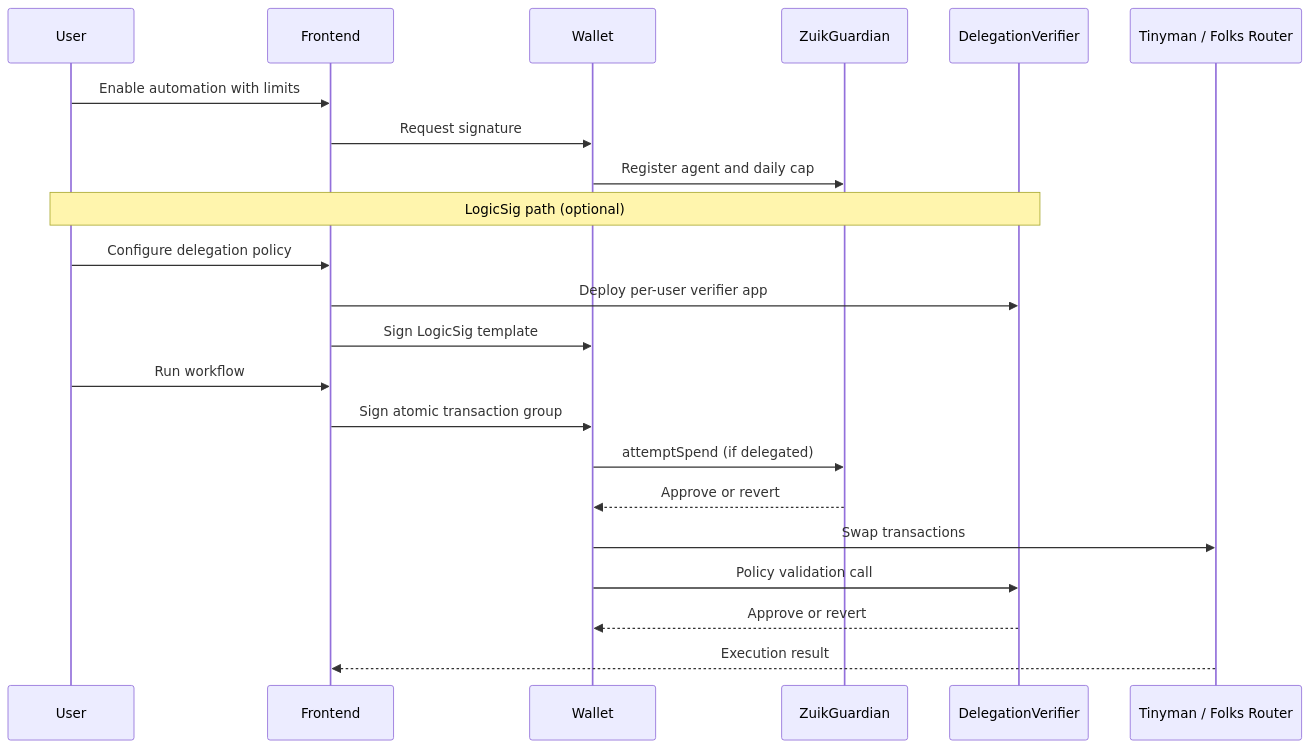
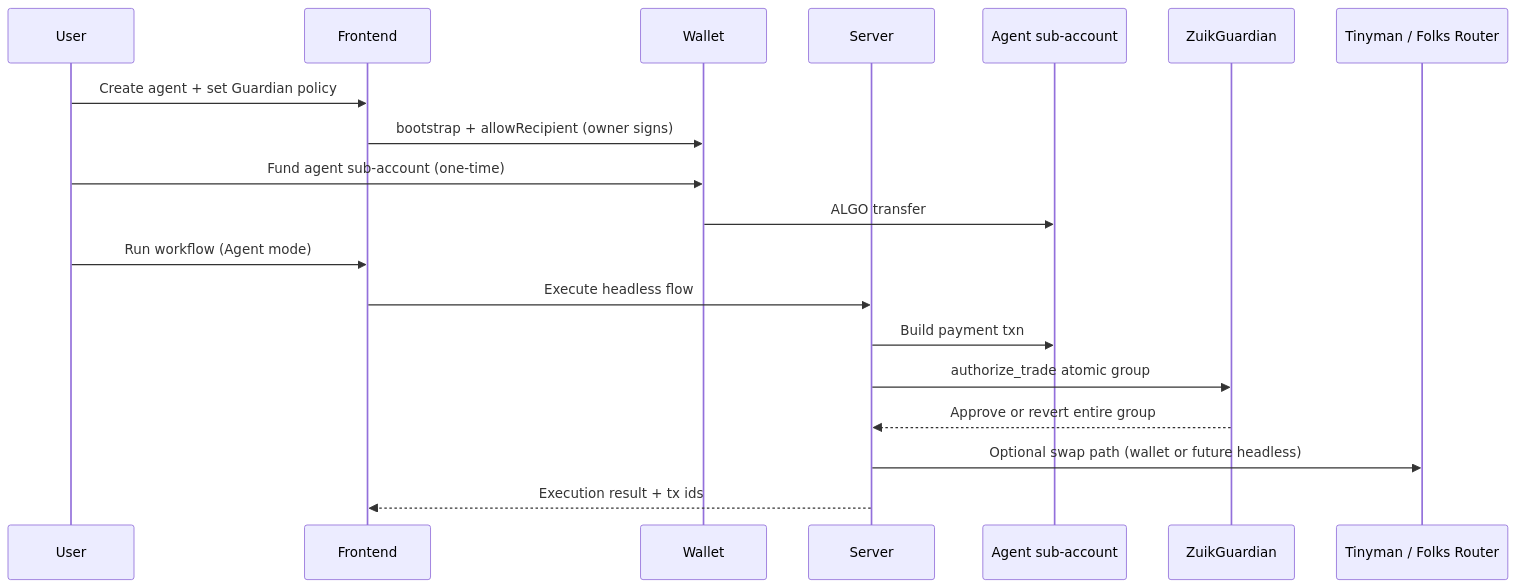
Before and after one commit to DarshanKrishna-DK/Zuik: the fourth of 4 diagrams in README.md, drawn with Mermaid. The commit also changed other lines of this file and 111 other files, not shown here.

Commit message:
Removed LogicSig and Simplified the approach with Agent wallets

````diff
--- a/README.md
+++ b/README.md
@@ -261,26 +260,23 @@
 ```mermaid
 sequenceDiagram
     participant User
     participant Frontend
     participant Wallet
+    participant Server
+    participant Agent as Agent sub-account
     participant Guardian as ZuikGuardian
-    participant Verifier as DelegationVerifier
     participant DEX as Tinyman / Folks Router
 
-    User->>Frontend: Enable automation with limits
-    Frontend->>Wallet: Request signature
-    Wallet->>Guardian: Register agent and daily cap
-    Note over User,Verifier: LogicSig path (optional)
-    User->>Frontend: Configure delegation policy
-    Frontend->>Verifier: Deploy per-user verifier app
-    Frontend->>Wallet: Sign LogicSig template
+    User->>Frontend: Create agent + set Guardian policy
+    Frontend->>Wallet: bootstrap + allowRecipient (owner signs)
+    User->>Wallet: Fund agent sub-account (one-time)
+    Wallet->>Agent: ALGO transfer
 
-    User->>Frontend: Run workflow
-    Frontend->>Wallet: Sign atomic transaction group
-    Wallet->>Guardian: attemptSpend (if delegated)
-    Guardian-->>Wallet: Approve or revert
-    Wallet->>DEX: Swap transactions
-    Wallet->>Verifier: Policy validation call
-    Verifier-->>Wallet: Approve or revert
-    DEX-->>Frontend: Execution result
+    User->>Frontend: Run workflow (Agent mode)
+    Frontend->>Server: Execute headless flow
+    Server->>Agent: Build payment txn
+    Server->>Guardian: authorize_trade atomic group
+    Guardian-->>Server: Approve or revert entire group
+    Server->>DEX: Optional swap path (wallet or future headless)
+    Server-->>Frontend: Execution result + tx ids
 ```
````
